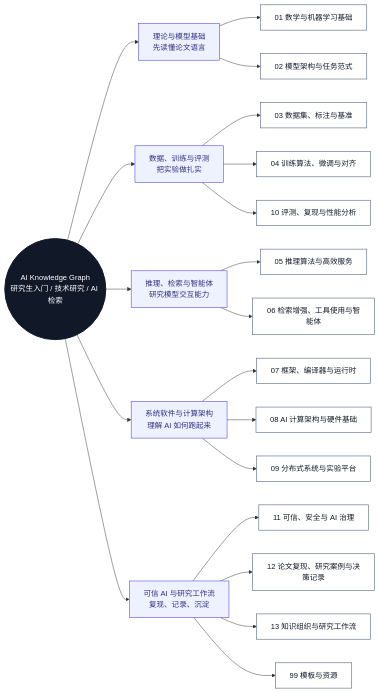
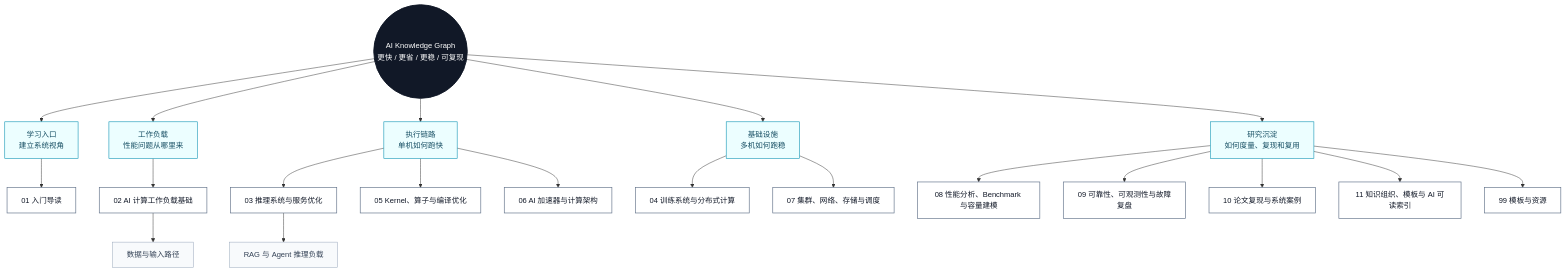
One commit to AmourSec/aikg changed the first of 2 diagrams in docs/knowledge-map.md. Above: the diagram before and after it, drawn with Mermaid. The commit also changed other lines of this file and 38 other files, not shown here.

````diff
--- a/docs/knowledge-map.md
+++ b/docs/knowledge-map.md
@@ -15,52 +15,54 @@
 ```mermaid
-flowchart LR
-  KG(("AI Knowledge Graph<br/>研究生入门 / 技术研究 / AI 检索"))
+flowchart TD
+  KG(("AI Knowledge Graph<br/>更快 / 更省 / 更稳 / 可复现"))
 
-  KG --> S1["理论与模型基础<br/>先读懂论文语言"]
-  KG --> S2["数据、训练与评测<br/>把实验做扎实"]
-  KG --> S3["推理、检索与智能体<br/>研究模型交互能力"]
-  KG --> S4["系统软件与计算架构<br/>理解 AI 如何跑起来"]
-  KG --> S5["可信 AI 与研究工作流<br/>复现、记录、沉淀"]
+  KG --> S0["学习入口<br/>建立系统视角"]
+  KG --> S1["工作负载<br/>性能问题从哪里来"]
+  KG --> S2["执行链路<br/>单机如何跑快"]
+  KG --> S3["基础设施<br/>多机如何跑稳"]
+  KG --> S4["研究沉淀<br/>如何度量、复现和复用"]
 
-  S1 --> M01["01 数学与机器学习基础"]
-  S1 --> M02["02 模型架构与任务范式"]
+  S0 --> M01["01 入门导读"]
 
-  S2 --> M03["03 数据集、标注与基准"]
-  S2 --> M04["04 训练算法、微调与对齐"]
-  S2 --> M10["10 评测、复现与性能分析"]
+  S1 --> M02["02 AI 计算工作负载基础"]
+  M02 --> M02A["数据与输入路径"]
 
-  S3 --> M05["05 推理算法与高效服务"]
-  S3 --> M06["06 检索增强、工具使用与智能体"]
+  S2 --> M03["03 推理系统与服务优化"]
+  M03 --> M03A["RAG 与 Agent 推理负载"]
+  S2 --> M05["05 Kernel、算子与编译优化"]
+  S2 --> M06["06 AI 加速器与计算架构"]
 
-  S4 --> M07["07 框架、编译器与运行时"]
-  S4 --> M08["08 AI 计算架构与硬件基础"]
-  S4 --> M09["09 分布式系统与实验平台"]
+  S3 --> M04["04 训练系统与分布式计算"]
+  S3 --> M07["07 集群、网络、存储与调度"]
 
-  S5 --> M11["11 可信、安全与 AI 治理"]
-  S5 --> M12["12 论文复现、研究案例与决策记录"]
-  S5 --> M13["13 知识组织与研究工作流"]
-  S5 --> M99["99 模板与资源"]
+  S4 --> M08["08 性能分析、Benchmark 与容量建模"]
+  S4 --> M09["09 可靠性、可观测性与故障复盘"]
+  S4 --> M10["10 论文复现与系统案例"]
+  S4 --> M11["11 知识组织、模板与 AI 可读索引"]
+  S4 --> M99["99 模板与资源"]
 
   click KG "../" "打开首页"
-  click M01 "../01-ai-basics/" "打开数学与机器学习基础"
-  click M02 "../02-models-and-tasks/" "打开模型架构与任务范式"
-  click M03 "../03-data-engineering/" "打开数据集、标注与基准"
-  click M04 "../04-training-finetuning-alignment/" "打开训练算法、微调与对齐"
-  click M05 "../05-inference-apps/" "打开推理算法与高效服务"
-  click M06 "../06-prompt-rag-agents/" "打开检索增强、工具使用与智能体"
-  click M07 "../07-ai-software-stack/" "打开框架、编译器与运行时"
-  click M08 "../08-ai-compute-infra/" "打开 AI 计算架构与硬件基础"
-  click M09 "../09-systems-mlops/" "打开分布式系统与实验平台"
-  click M10 "../10-evaluation-benchmark-optimization/" "打开评测、复现与性能分析"
-  click M11 "../11-safety-governance/" "打开可信、安全与 AI 治理"
-  click M12 "../12-architecture-cases/" "打开论文复现、研究案例与决策记录"
-  click M13 "../13-ai-indexing/" "打开知识组织与研究工作流"
+  click M01 "../01-getting-started/" "打开入门导读"
+  click M02 "../02-ai-workloads/" "打开 AI 计算工作负载基础"
+  click M02A "../02-ai-workloads/data-paths/" "打开数据与输入路径"
+  click M03 "../03-inference-systems/" "打开推理系统与服务优化"
+  click M03A "../03-inference-systems/rag-agent-workloads/" "打开 RAG 与 Agent 推理负载"
+  click M04 "../04-training-systems/" "打开训练系统与分布式计算"
+  click M05 "../05-kernels-compilers/" "打开 Kernel、算子与编译优化"
+  click M06 "../06-accelerators-architecture/" "打开 AI 加速器与计算架构"
+  click M07 "../07-cluster-infra/" "打开集群、网络、存储与调度"
+  click M08 "../08-benchmark-capacity/" "打开性能分析、Benchmark 与容量建模"
+  click M09 "../09-reliability-observability/" "打开可靠性、可观测性与故障复盘"
+  click M10 "../10-papers-cases/" "打开论文复现与系统案例"
+  click M11 "../11-knowledge-index/" "打开知识组织、模板与 AI 可读索引"
   click M99 "../99-templates/knowledge-note/" "打开模板"
 
   classDef root fill:#111827,color:#ffffff,stroke:#111827,stroke-width:2px;
-  classDef trunk fill:#eef2ff,color:#312e81,stroke:#4f46e5,stroke-width:1.2px;
+  classDef trunk fill:#ecfeff,color:#164e63,stroke:#0891b2,stroke-width:1.2px;
   classDef module fill:#ffffff,color:#111827,stroke:#64748b,stroke-width:1.4px;
+  classDef sub fill:#f8fafc,color:#334155,stroke:#94a3b8,stroke-width:1px;
   class KG root;
-  class S1,S2,S3,S4,S5 trunk;
-  class M01,M02,M03,M04,M05,M06,M07,M08,M09,M10,M11,M12,M13,M99 module;
+  class S0,S1,S2,S3,S4 trunk;
+  class M01,M02,M03,M04,M05,M06,M07,M08,M09,M10,M11,M99 module;
+  class M02A,M03A sub;
 ```
````
